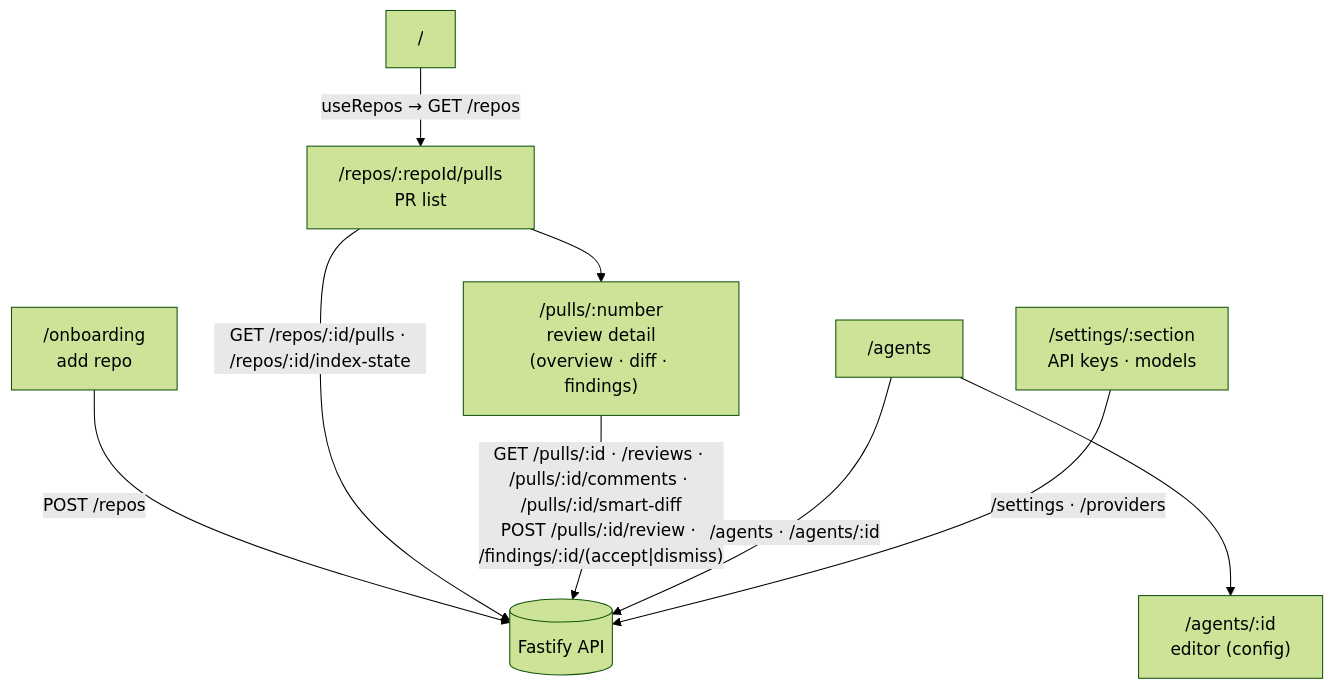
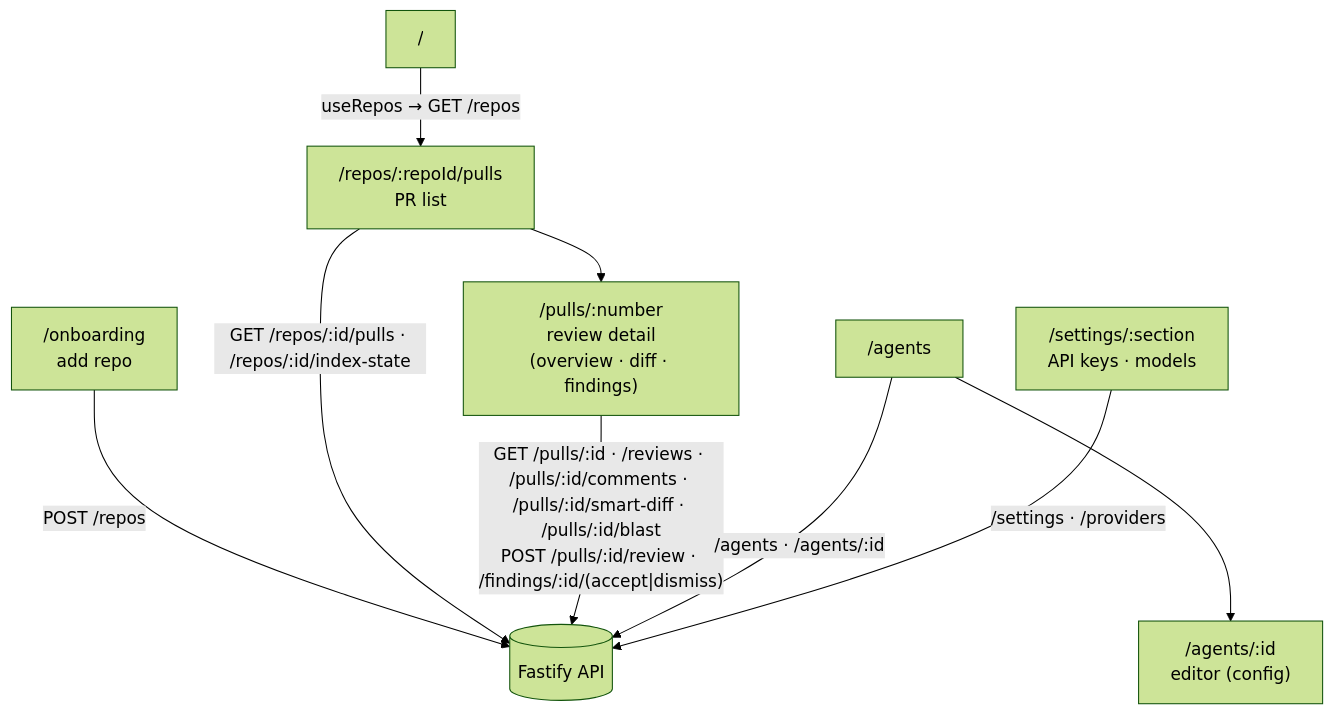
The diagram in client/README.md (DaryPet/dev-digest), drawn with Mermaid (forest theme) before and after one commit. The commit also changed other lines of this file and 39 other files, not shown here.

````diff
--- a/client/README.md
+++ b/client/README.md
@@ -24,14 +24,14 @@
 ```mermaid
 flowchart TD
   ROOT["/"] -->|"useRepos → GET /repos"| PULLS["/repos/:repoId/pulls<br/>PR list"]
   ONB["/onboarding<br/>add repo"] -->|"POST /repos"| API[("Fastify API")]
   PULLS --> PR["/pulls/:number<br/>review detail<br/>(overview · diff · findings)"]
 
   AGENTS["/agents"] --> AGENT["/agents/:id<br/>editor (config)"]
   SETTINGS["/settings/:section<br/>API keys · models"]
 
   PULLS -->|"GET /repos/:id/pulls · /repos/:id/index-state"| API
-  PR -->|"GET /pulls/:id · /reviews · /pulls/:id/comments · /pulls/:id/smart-diff<br/>POST /pulls/:id/review · /findings/:id/(accept|dismiss)"| API
+  PR -->|"GET /pulls/:id · /reviews · /pulls/:id/comments · /pulls/:id/smart-diff · /pulls/:id/blast<br/>POST /pulls/:id/review · /findings/:id/(accept|dismiss)"| API
   AGENTS -->|"/agents · /agents/:id"| API
   SETTINGS -->|"/settings · /providers"| API
 ```
````
